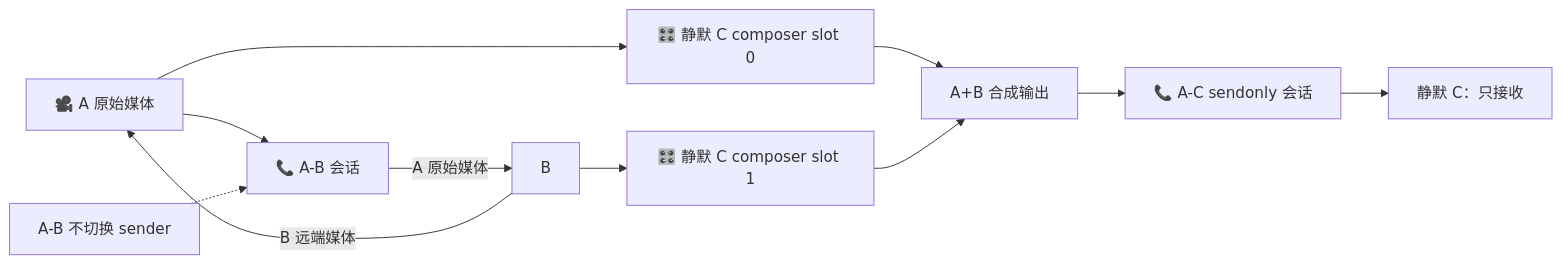
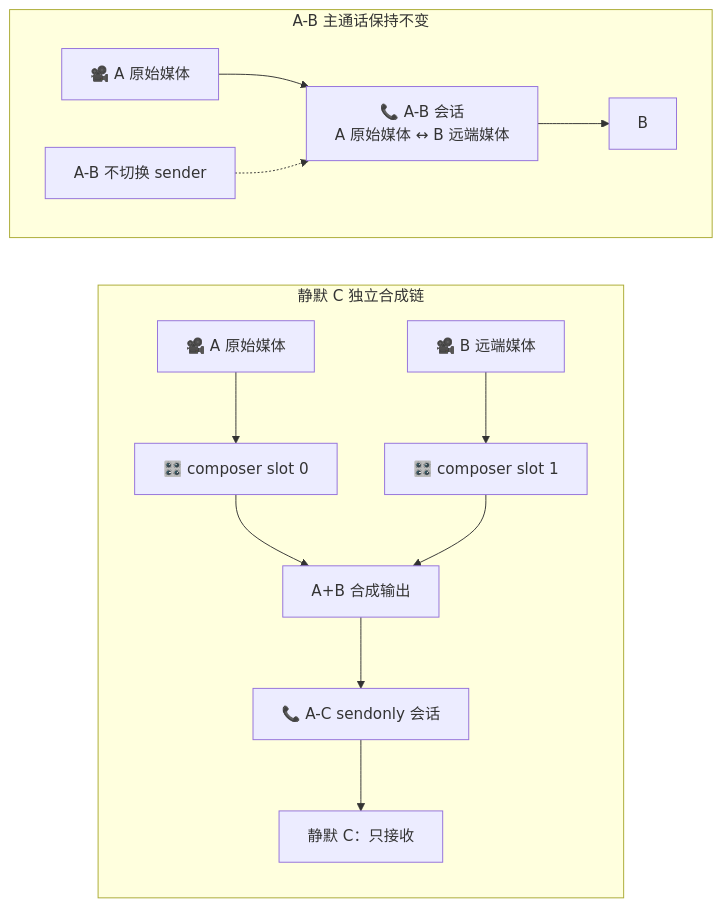
The third of 17 diagrams in docs/app-conference-guide.md (lei40251/JsSIP), drawn with Mermaid before and after one commit. The commit also changed other lines of this file and 1 other file, not shown here.

````diff
--- a/docs/app-conference-guide.md
+++ b/docs/app-conference-guide.md
@@ -133,15 +153,21 @@
 ```mermaid
-flowchart LR
-  A["🎥 A 原始媒体"] --> AB["📞 A-B 会话"]
-  AB -->|"A 原始媒体"| B["B"]
-  B -->|"B 远端媒体"| A
+flowchart TB
+  subgraph MAIN_CALL["A-B 主通话保持不变"]
+    direction LR
+    A_CALL["🎥 A 原始媒体"] --> AB["📞 A-B 会话<br/>A 原始媒体 ↔ B 远端媒体"]
+    AB --> B_CALL["B"]
+    KEEP["A-B 不切换 sender"] -.-> AB
+  end
 
-  A --> S0["🎛️ 静默 C composer slot 0"]
-  B --> S1["🎛️ 静默 C composer slot 1"]
-  S0 --> MIX["A+B 合成输出"]
-  S1 --> MIX
-  MIX --> AC["📞 A-C sendonly 会话"]
-  AC --> C["静默 C：只接收"]
+  subgraph SILENT_MIX["静默 C 独立合成链"]
+    direction TB
+    A_SOURCE["🎥 A 原始媒体"] --> S0["🎛️ composer slot 0"]
+    B_SOURCE["🎥 B 远端媒体"] --> S1["🎛️ composer slot 1"]
+    S0 --> MIX["A+B 合成输出"]
+    S1 --> MIX
+    MIX --> AC["📞 A-C sendonly 会话"]
+    AC --> C["静默 C：只接收"]
+  end
 
-  KEEP["A-B 不切换 sender"] -.-> AB
+  MAIN_CALL ~~~ SILENT_MIX
 ```
````
